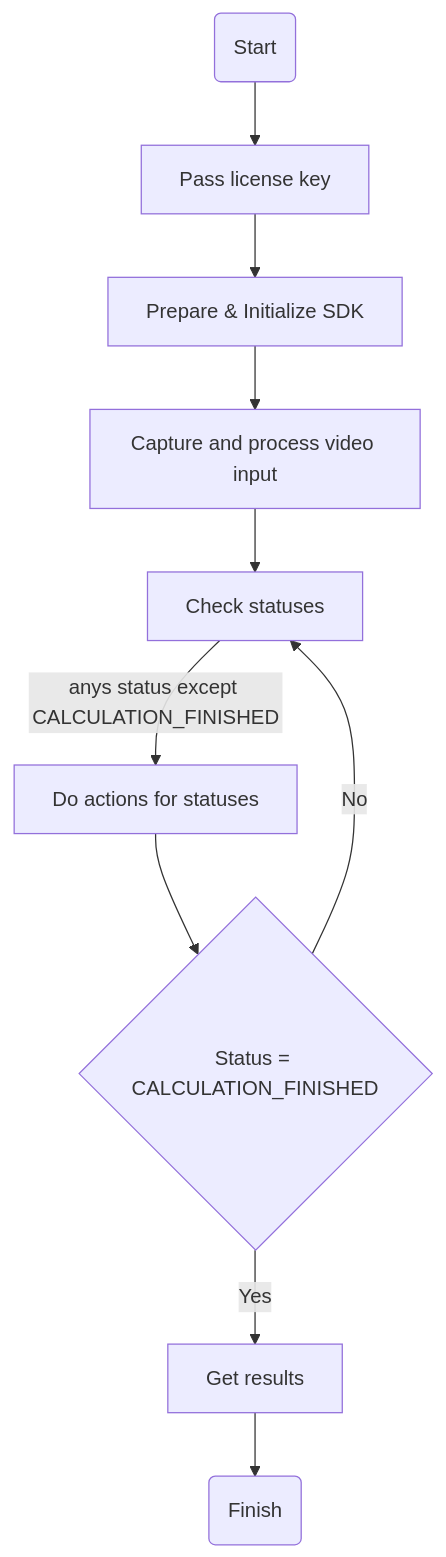
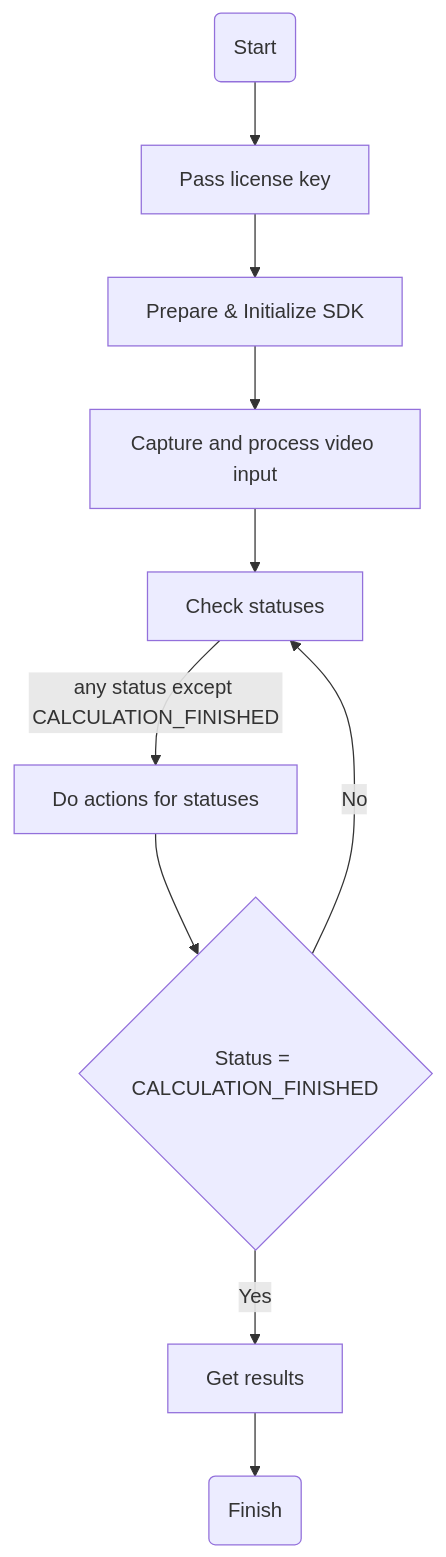
The diagram in README.md (RE-DOCTOR-AI/Web-SDK-Documentation), drawn with Mermaid before and after one commit.

````diff
--- a/README.md
+++ b/README.md
@@ -208,12 +208,12 @@
 ```mermaid
         flowchart TD
         A(Start) -->B[Pass license key]
         B --> C[Prepare & Initialize SDK]
         C --> D[Capture and process video input]
         D --> F[Check statuses]
-        F --> |anys status except CALCULATION_FINISHED|G[Do actions for statuses]
+        F --> |any status except CALCULATION_FINISHED|G[Do actions for statuses]
         G --> H{Status = CALCULATION_FINISHED}
         H --> |No|F
         H --> |Yes|J[Get results]
         J --> I(Finish)
   ```
````
